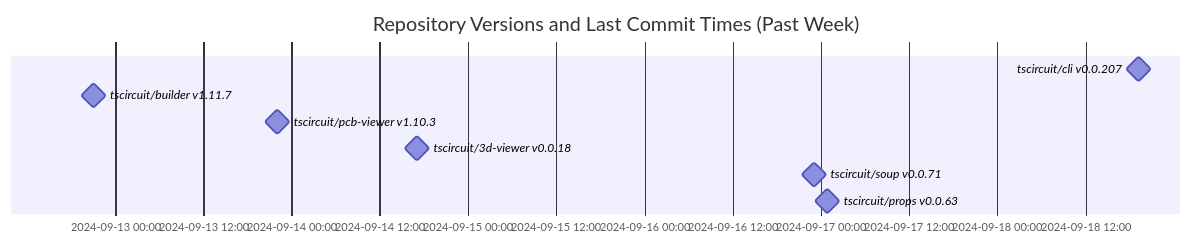
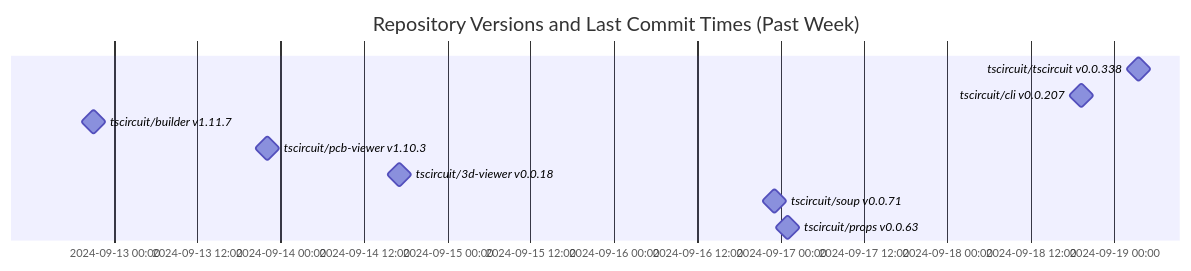
Before and after one commit to tscircuit/version-tracker: the diagram in README.md, drawn with Mermaid.

Commit message:
Update chart

````diff
--- a/README.md
+++ b/README.md
@@ -1,13 +1,14 @@
 ```mermaid
 gantt
   dateFormat  YYYY-MM-DD HH:mm:ss
   title Repository Versions and Last Commit Times (Past Week)
   axisFormat %Y-%m-%d %H:%M
 
+  tscircuit/tscircuit v0.0.338 : milestone, 2024-09-19 03:33:35, 1s
   tscircuit/cli v0.0.207 : milestone, 2024-09-18 19:15:13, 1s
   tscircuit/builder v1.11.7 : milestone, 2024-09-12 21:03:51, 1s
   tscircuit/pcb-viewer v1.10.3 : milestone, 2024-09-13 22:06:50, 1s
   tscircuit/3d-viewer v0.0.18 : milestone, 2024-09-14 17:06:37, 1s
   tscircuit/soup v0.0.71 : milestone, 2024-09-16 23:07:32, 1s
   tscircuit/props v0.0.63 : milestone, 2024-09-17 00:58:09, 1s
 ```
````
